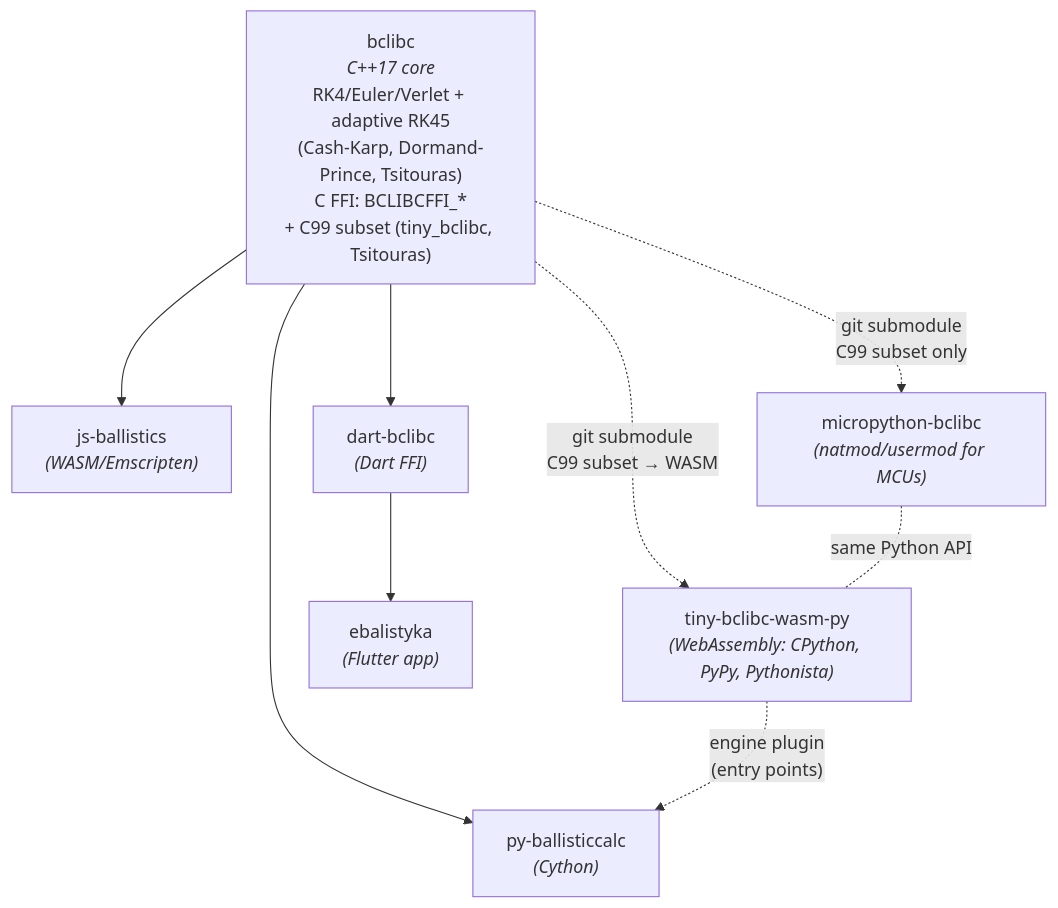
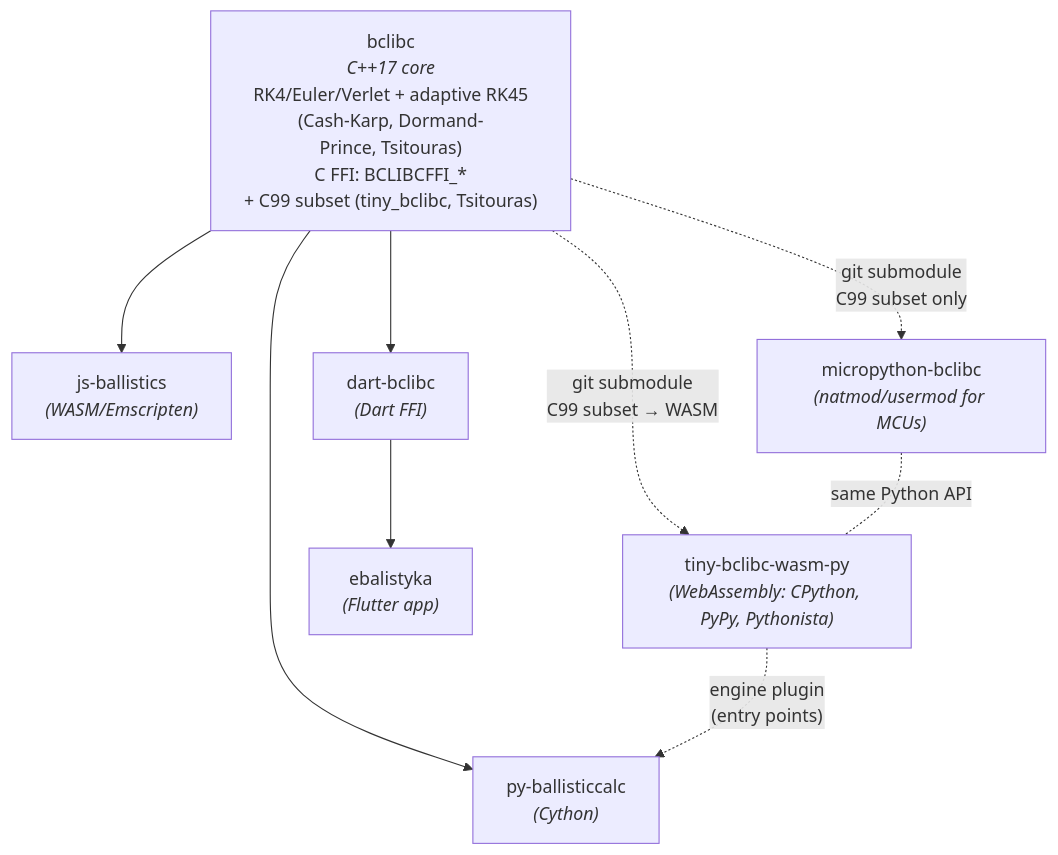
One commit to ballistics-lab/.github changed the diagram in profile/README.md. Above: the diagram before and after it, drawn with Mermaid.

Commit message:
Fix formatting and spacing in README.md

````diff
--- a/profile/README.md
+++ b/profile/README.md
@@ -23,13 +23,13 @@
 ```mermaid
 flowchart TD
-    A["bclibc<br><i>C++17 core</i><br>RK4/Euler/Verlet + adaptive RK45<br>(Cash-Karp, Dormand-Prince, Tsitouras)<br>C FFI: BCLIBCFFI_*<br>+ C99 subset (tiny_bclibc, Tsitouras)"]
+    A["bclibc<br><i>C++17&nbsp;core</i><br>RK4/Euler/Verlet&nbsp;+&nbsp;adaptive&nbsp;RK45<br>(Cash-Karp,&nbsp;Dormand-Prince,&nbsp;Tsitouras)<br>C&nbsp;FFI:&nbsp;BCLIBCFFI_*<br>+&nbsp;C99&nbsp;subset&nbsp;(tiny_bclibc,&nbsp;Tsitouras)"]
 
     A --> B["py-ballisticcalc<br><i>(Cython)</i>"]
     A --> C["js-ballistics<br><i>(WASM/Emscripten)</i>"]
     A --> D["dart-bclibc<br><i>(Dart FFI)</i>"]
     A -.->|"git submodule<br>C99 subset only"| E["micropython-bclibc<br><i>(natmod/usermod for MCUs)</i>"]
     A -.->|"git submodule<br>C99 subset → WASM"| T["tiny-bclibc-wasm-py<br><i>(WebAssembly: CPython, PyPy, Pythonista)</i>"]
     T -.->|"engine plugin<br>(entry points)"| B
     E -.-|"same Python API"| T
     D --> F["ebalistyka<br><i>(Flutter app)</i>"]
 ```
````
